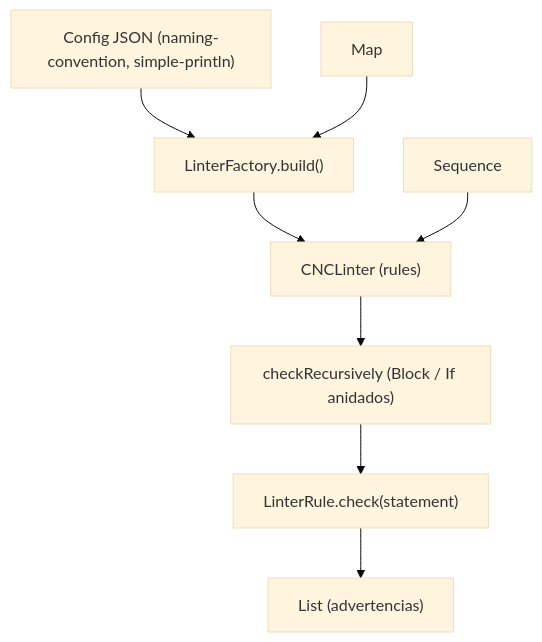
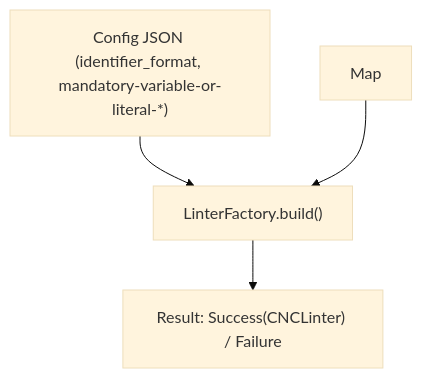
One commit to TP1-2-INGSIS/CNC changed the diagram in linter/README.md. Above: the diagram before and after it, drawn with Mermaid (base theme). The commit also changed other lines of this file and 6 other files, not shown here.

Commit message:
implement new rule for 1.1 linter

````diff
--- a/linter/README.md
+++ b/linter/README.md
@@ -26,10 +26,6 @@
 ```mermaid
 flowchart TD
-    JSON["Config JSON (naming-convention, simple-println)"] --> Factory["LinterFactory.build()"]
+    JSON["Config JSON (identifier_format, mandatory-variable-or-literal-*)"] --> Factory["LinterFactory.build()"]
     Validators["Map<String, NamingValidator>"] --> Factory
-    Factory --> Linter["CNCLinter (rules)"]
-    AST["Sequence<Statement>"] --> Linter
-    Linter --> Recurse["checkRecursively (Block / If anidados)"]
-    Recurse --> Rules["LinterRule.check(statement)"]
-    Rules --> Warnings["List<String> (advertencias)"]
+    Factory --> Linter["Result: Success(CNCLinter) / Failure"]
 ```
````
